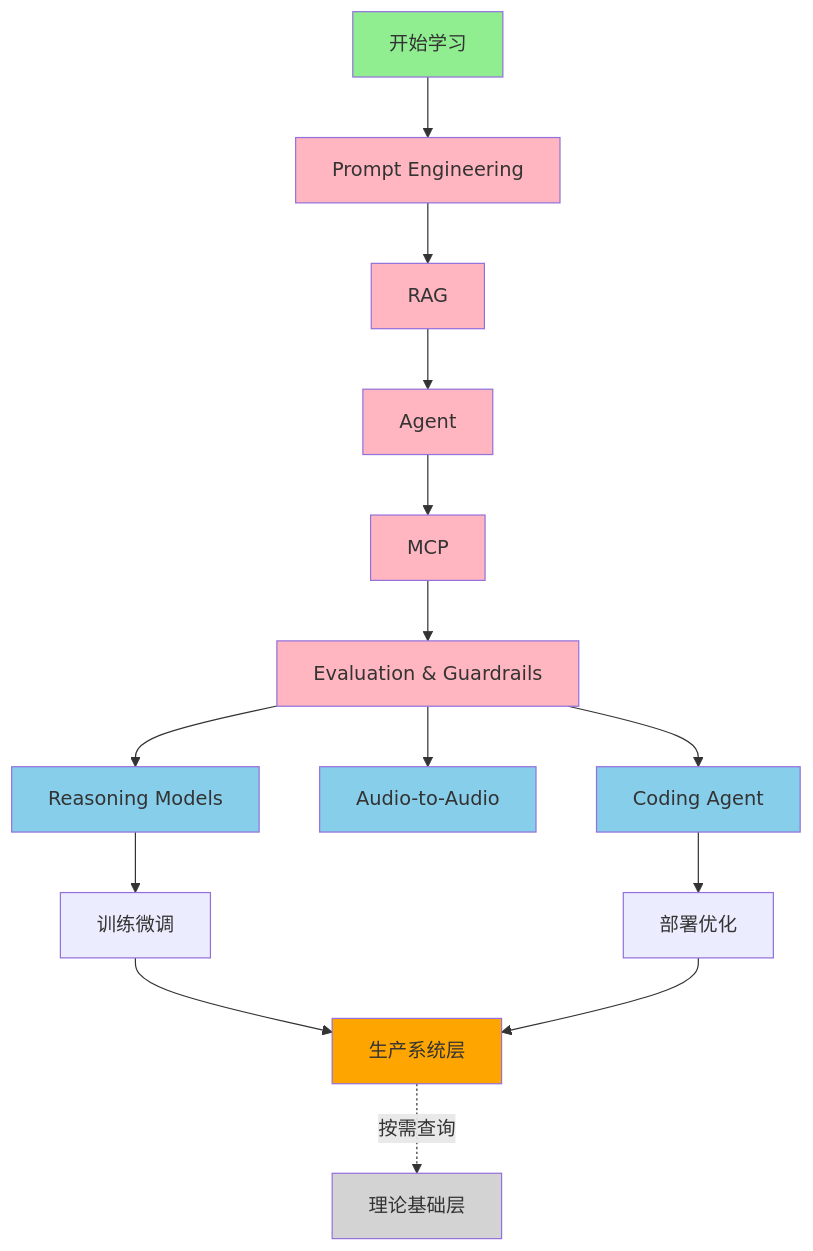
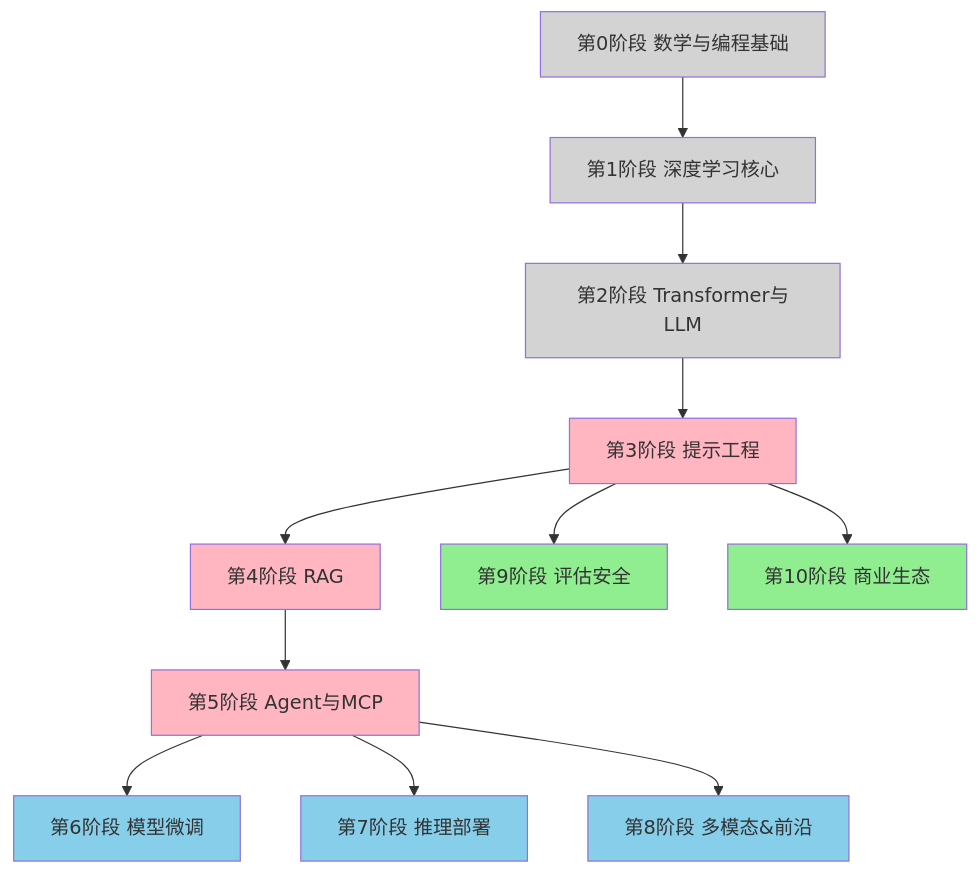
Before and after one commit to wwwqqqzzz/blog: the diagram in blog/ai/知识图谱.md, drawn with Mermaid. The commit also changed other lines of this file and 153 other files, not shown here.

````diff
--- a/blog/ai/知识图谱.md
+++ b/blog/ai/知识图谱.md
@@ -718,32 +493,27 @@
 ```mermaid
 graph TD
-    Start[开始学习] --> P[Prompt Engineering]
-    P --> R[RAG]
-    R --> A[Agent]
-    A --> M[MCP]
-    M --> E[Evaluation & Guardrails]
+    S0[第0阶段 数学与编程基础] --> S1[第1阶段 深度学习核心]
+    S1 --> S2[第2阶段 Transformer与LLM]
+    S2 --> S3[第3阶段 提示工程]
+    S3 --> S4[第4阶段 RAG]
+    S4 --> S5[第5阶段 Agent与MCP]
 
-    E --> Reason[Reasoning Models]
-    E --> Audio[Audio-to-Audio]
-    E --> Code[Coding Agent]
+    S5 --> S6[第6阶段 模型微调]
+    S5 --> S7[第7阶段 推理部署]
+    S5 --> S8[第8阶段 多模态&前沿]
 
-    Reason --> Train[训练微调]
-    Code --> Deploy[部署优化]
+    S3 --> S9[第9阶段 评估安全]
+    S3 --> S10[第10阶段 商业生态]
 
-    Train --> Prod[生产系统层]
-    Deploy --> Prod
-
-    Prod -.按需查询.-> Theory[理论基础层]
-
-    style Start fill:#90EE90
-    style P fill:#FFB6C1
-    style R fill:#FFB6C1
-    style A fill:#FFB6C1
-    style M fill:#FFB6C1
-    style E fill:#FFB6C1
-    style Reason fill:#87CEEB
-    style Audio fill:#87CEEB
-    style Code fill:#87CEEB
-    style Prod fill:#FFA500
-    style Theory fill:#D3D3D3
+    style S0 fill:#D3D3D3
+    style S1 fill:#D3D3D3
+    style S2 fill:#D3D3D3
+    style S3 fill:#FFB6C1
+    style S4 fill:#FFB6C1
+    style S5 fill:#FFB6C1
+    style S6 fill:#87CEEB
+    style S7 fill:#87CEEB
+    style S8 fill:#87CEEB
+    style S9 fill:#90EE90
+    style S10 fill:#90EE90
 ```
````
